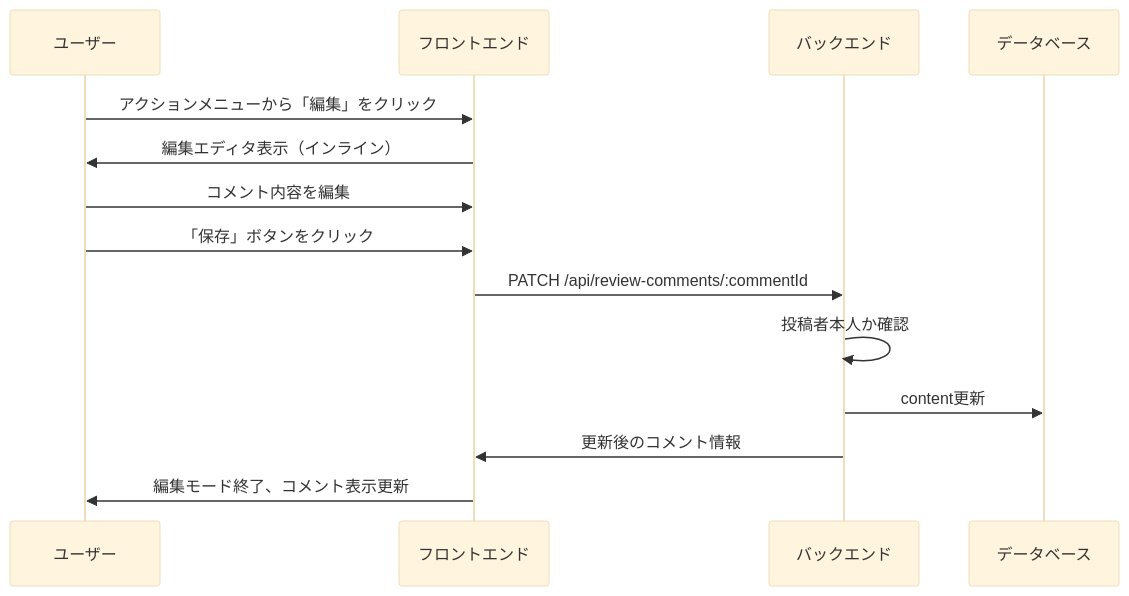
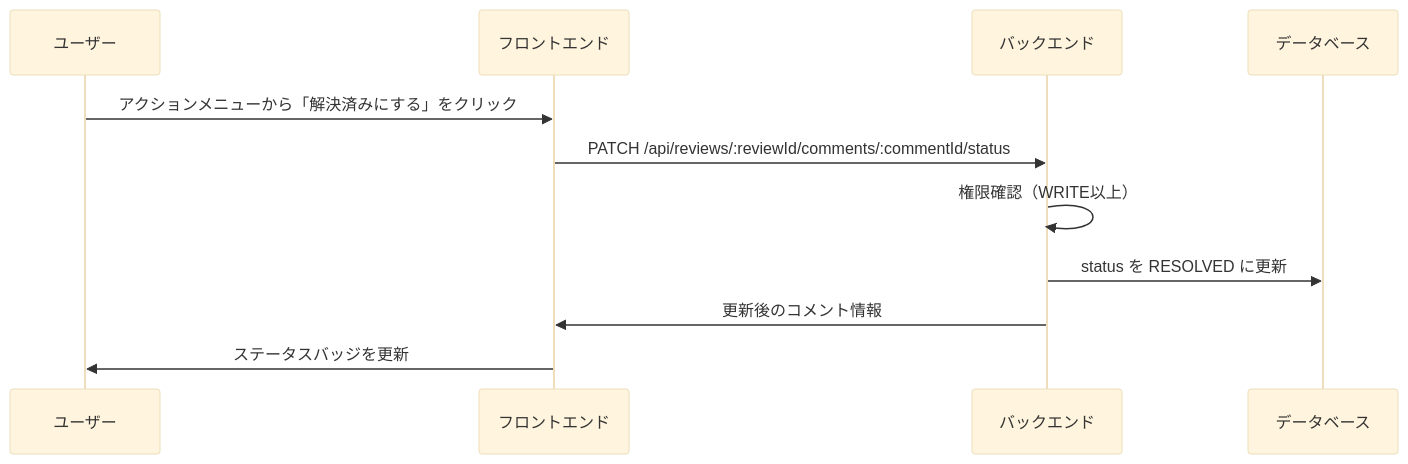
The fifth of 7 diagrams in docs/architecture/features/review-comment.md (tsutsumi389/agentest), drawn with Mermaid (base theme) before and after one commit. The commit also changed other lines of this file and 1 other file, not shown here.

First line of the commit message:
feat: Implement review feature with session-based commenting system

````diff
--- a/docs/architecture/features/review-comment.md
+++ b/docs/architecture/features/review-comment.md
@@ -189,17 +303,14 @@
 ```mermaid
 sequenceDiagram
     participant U as ユーザー
     participant F as フロントエンド
     participant B as バックエンド
     participant DB as データベース
 
-    U->>F: アクションメニューから「編集」をクリック
-    F->>U: 編集エディタ表示（インライン）
-    U->>F: コメント内容を編集
-    U->>F: 「保存」ボタンをクリック
-    F->>B: PATCH /api/review-comments/:commentId
-    B->>B: 投稿者本人か確認
-    B->>DB: content更新
+    U->>F: アクションメニューから「解決済みにする」をクリック
+    F->>B: PATCH /api/reviews/:reviewId/comments/:commentId/status
+    B->>B: 権限確認（WRITE以上）
+    B->>DB: status を RESOLVED に更新
     B->>F: 更新後のコメント情報
-    F->>U: 編集モード終了、コメント表示更新
+    F->>U: ステータスバッジを更新
 ```
````
